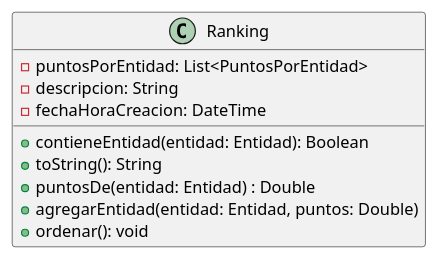
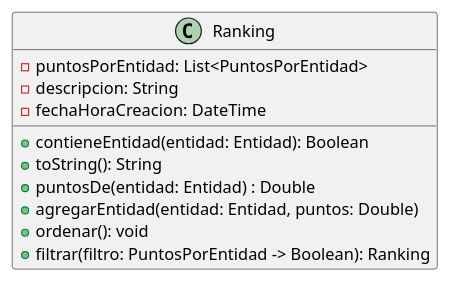
Before and after one commit to mbertogliati/dds-tpa: the diagram in DC/E3/rankings/Ranking.puml, drawn with PlantUML. The commit also changed 14 other files, not shown here.

```diff
--- a/DC/E3/rankings/Ranking.puml
+++ b/DC/E3/rankings/Ranking.puml
@@ -1,16 +1,17 @@
 @startuml
 'https://plantuml.com/class-diagram
 
 class Ranking{
  - puntosPorEntidad: List<PuntosPorEntidad>
  - descripcion: String
  - fechaHoraCreacion: DateTime
 
  + contieneEntidad(entidad: Entidad): Boolean
  + toString(): String
  + puntosDe(entidad: Entidad) : Double
  + agregarEntidad(entidad: Entidad, puntos: Double)
  + ordenar(): void
+ + filtrar(filtro: PuntosPorEntidad -> Boolean): Ranking
 }
 
 @enduml
```
